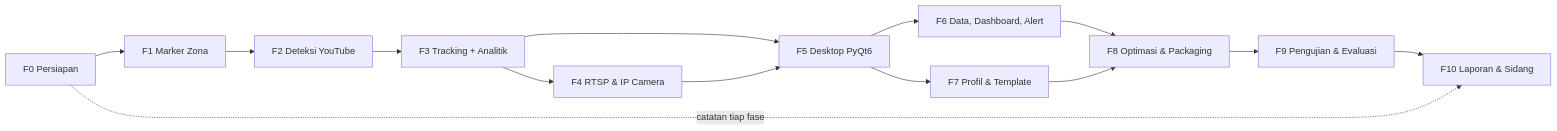
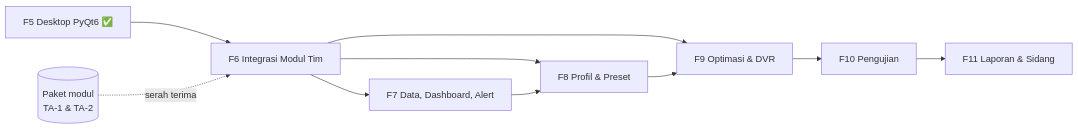
Before and after one commit to Nadhifbasyara/Aplikasi_AIO_CCTV: the first of 2 diagrams in docs/fase/00-ROADMAP.md, drawn with Mermaid. The commit also changed other lines of this file and 12 other files, not shown here.

````diff
--- a/docs/fase/00-ROADMAP.md
+++ b/docs/fase/00-ROADMAP.md
@@ -63,16 +89,12 @@
 ```mermaid
 flowchart LR
-    F0[F0 Persiapan] --> F1[F1 Marker Zona]
-    F1 --> F2[F2 Deteksi YouTube]
-    F2 --> F3[F3 Tracking + Analitik]
-    F3 --> F4[F4 RTSP & IP Camera]
-    F3 --> F5[F5 Desktop PyQt6]
-    F4 --> F5
-    F5 --> F6[F6 Data, Dashboard, Alert]
-    F5 --> F7[F7 Profil & Template]
-    F6 --> F8[F8 Optimasi & Packaging]
+    F5[F5 Desktop PyQt6 ✅] --> F6[F6 Integrasi Modul Tim]
+    T[(Paket modul<br/>TA-1 & TA-2)] -.serah terima.-> F6
+    F6 --> F7[F7 Data, Dashboard, Alert]
+    F6 --> F8[F8 Profil & Preset]
     F7 --> F8
-    F8 --> F9[F9 Pengujian & Evaluasi]
-    F9 --> F10[F10 Laporan & Sidang]
-    F0 -. catatan tiap fase .-> F10
+    F6 --> F9[F9 Optimasi & DVR]
+    F8 --> F9
+    F9 --> F10[F10 Pengujian]
+    F10 --> F11[F11 Laporan & Sidang]
 ```
````
